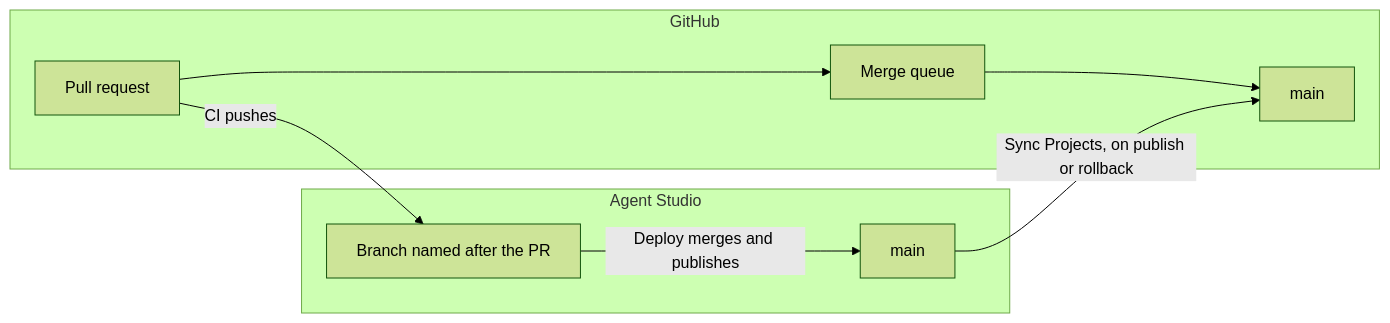
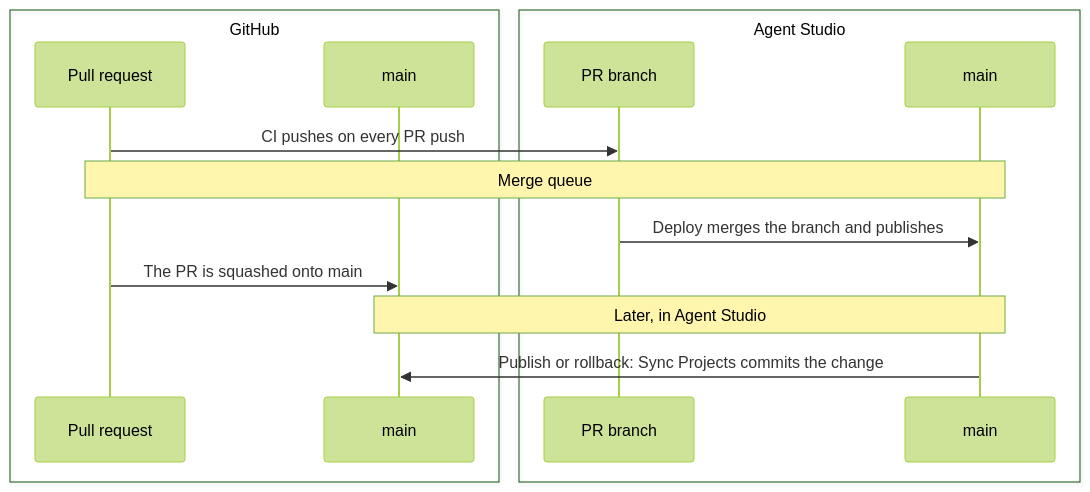
The diagram in README.md (polyai/adk-repo-template), drawn with Mermaid (forest theme) before and after one commit.

Commit message:
docs: draw the how-it-works diagram as a sequence diagram
The flowchart's edges crossed each other between the GitHub and Agent
Studio groups. A sequence diagram keeps every arrow on its own row.

````diff
--- a/README.md
+++ b/README.md
@@ -32,11 +32,17 @@
 ```mermaid
-flowchart LR
-    subgraph GitHub
-        pr[Pull request] --> queue[Merge queue] --> main[main]
+sequenceDiagram
+    box GitHub
+        participant PR as Pull request
+        participant Main as main
     end
-    subgraph Studio[Agent Studio]
-        branch[Branch named after the PR] -- "Deploy merges and publishes" --> asmain[main]
+    box Agent Studio
+        participant Branch as PR branch
+        participant ASMain as main
     end
-    pr -- "CI pushes" --> branch
-    asmain -- "Sync Projects, on publish or rollback" --> main
+    PR->>Branch: CI pushes on every PR push
+    Note over PR,ASMain: Merge queue
+    Branch->>ASMain: Deploy merges the branch and publishes
+    PR->>Main: The PR is squashed onto main
+    Note over Main,ASMain: Later, in Agent Studio
+    ASMain->>Main: Publish or rollback: Sync Projects commits the change
 ```
````
